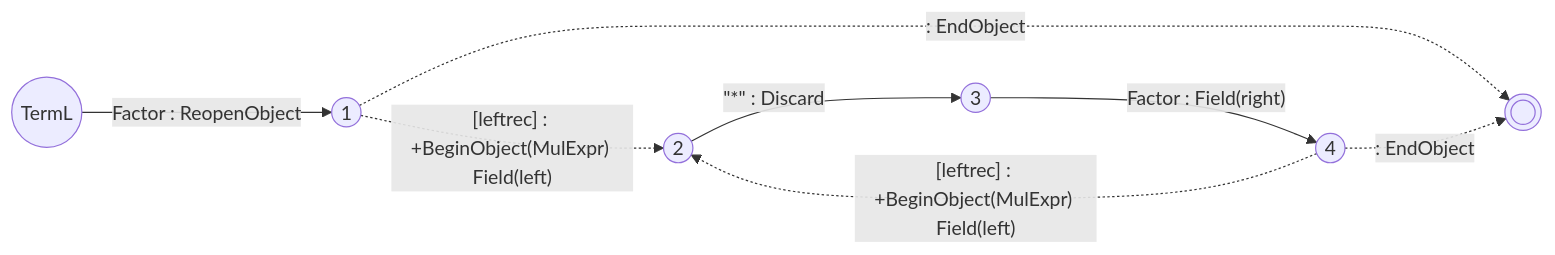
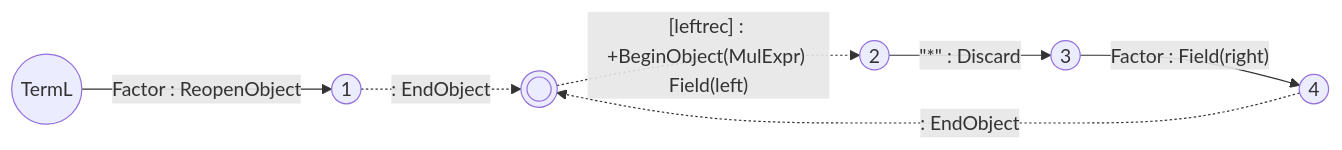
One commit to vczh-websites/vczh changed the eighth of 9 diagrams in Blog/GLR-Refactoring/Mermaid.md. Above: the diagram before and after it, drawn with Mermaid. The commit also changed other lines of this file and 1 other file, not shown here.

````diff
--- a/Blog/GLR-Refactoring/Mermaid.md
+++ b/Blog/GLR-Refactoring/Mermaid.md
@@ -95,10 +95,9 @@
 ```mermaid
 graph LR
   S((TermL))-- Factor : ReopenObject --> 1
   1((1))-. : EndObject .->E((( )))
   2((2))-- #quot;*#quot; : Discard -->3
   3((3))-- Factor : Field(right) --> 4
   4((4))-. : EndObject .->E
-  1-. [leftrec] : +BeginObject(MulExpr) Field(left) .->2
-  4-. [leftrec] : +BeginObject(MulExpr) Field(left) .->2
+  E-. [leftrec] : +BeginObject(MulExpr) Field(left) .->2
 ```
````
